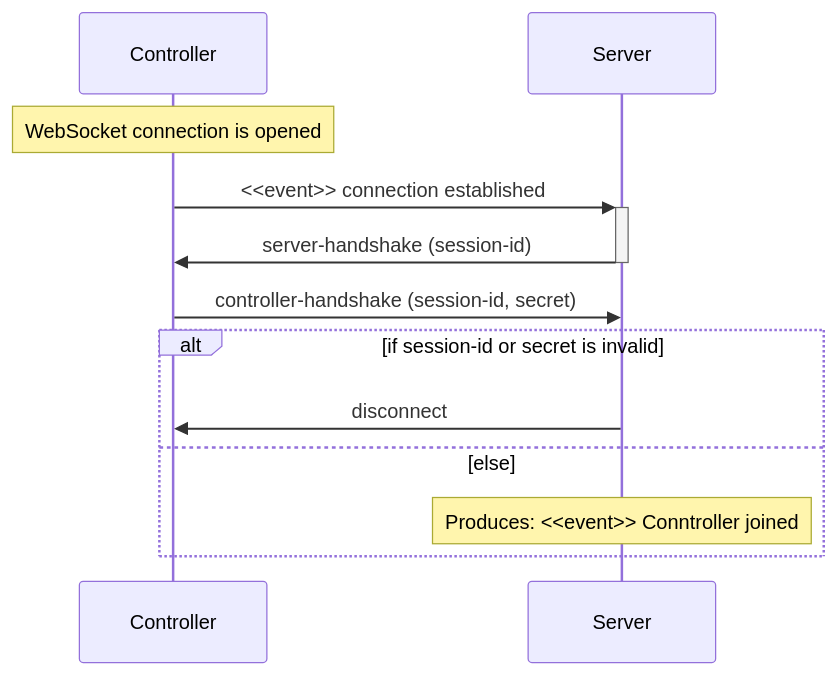
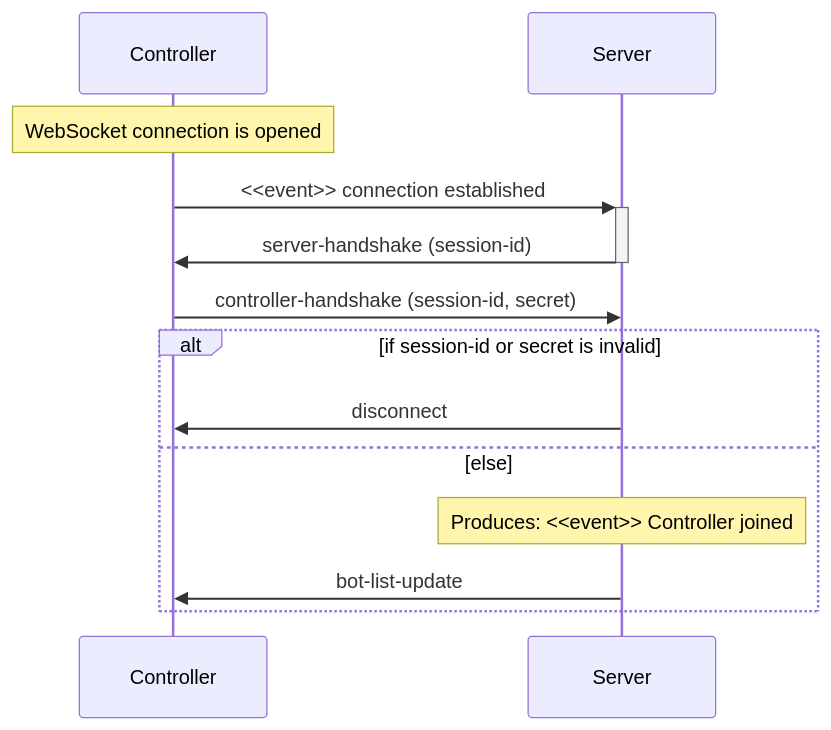
One commit to robocode-dev/tank-royale changed the fourth of 13 diagrams in schema/schemas/README.md. Above: the diagram before and after it, drawn with Mermaid. The commit also changed other lines of this file and 9 other files, not shown here.

````diff
--- a/schema/schemas/README.md
+++ b/schema/schemas/README.md
@@ -85,12 +100,13 @@
 ```mermaid
-sequenceDiagram   
-    Note over Controller: WebSocket connection is opened
-    Controller->>+Server: <<event>> connection established
-    Server->>-Controller: server-handshake (session-id)
-    Controller->>Server: controller-handshake (session-id, secret)
-    alt if session-id or secret is invalid
-        Server->>Controller: disconnect
-    else else
-        Note over Server: Produces: <<event>> Conntroller joined
-    end
+sequenceDiagram
+Note over Controller: WebSocket connection is opened
+Controller->>+Server: <<event>> connection established
+Server->>-Controller: server-handshake (session-id)
+Controller->>Server: controller-handshake (session-id, secret)
+alt if session-id or secret is invalid
+    Server->>Controller: disconnect
+else else
+    Note over Server: Produces: <<event>> Controller joined
+    Server->>Controller: bot-list-update
+end
 ```
````
